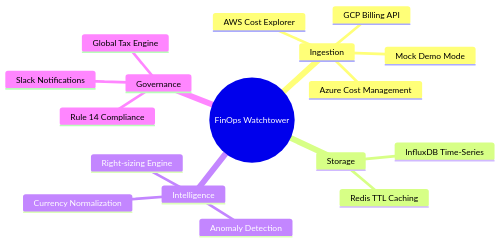
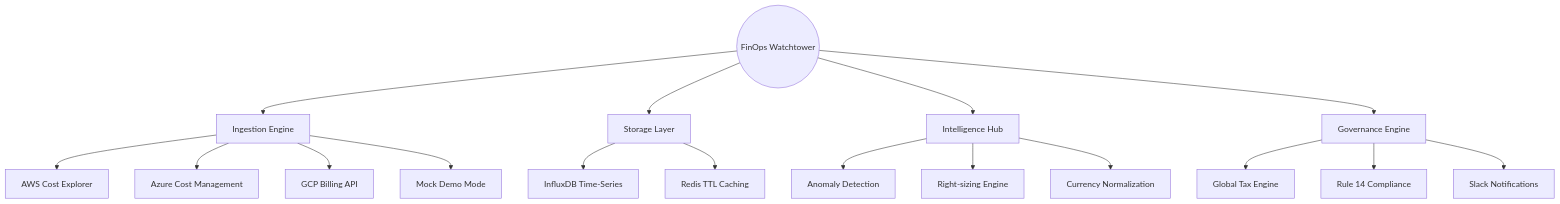
One commit to surya-edict/MultiCloud-Watchtower changed the first of 4 diagrams in README.md. Above: the diagram before and after it, drawn with Mermaid.

Commit message:
docs: replace mindmap with stable flowchart to fix black boxes rendering issue on GitHub dark mode

````diff
--- a/README.md
+++ b/README.md
@@ -32,20 +32,30 @@
 ```mermaid
-mindmap
-  root((FinOps Watchtower))
-    Ingestion
-      AWS Cost Explorer
-      Azure Cost Management
-      GCP Billing API
-      Mock Demo Mode
-    Storage
-      InfluxDB Time-Series
-      Redis TTL Caching
-    Intelligence
-      Anomaly Detection
-      Right-sizing Engine
-      Currency Normalization
-    Governance
-      Global Tax Engine
-      Rule 14 Compliance
-      Slack Notifications
+graph TD
+    Root((FinOps Watchtower))
+    
+    Ingestion[Ingestion Engine]
+    Storage[Storage Layer]
+    Intelligence[Intelligence Hub]
+    Governance[Governance Engine]
+    
+    Root --> Ingestion
+    Root --> Storage
+    Root --> Intelligence
+    Root --> Governance
+    
+    Ingestion --> AWS[AWS Cost Explorer]
+    Ingestion --> Azure[Azure Cost Management]
+    Ingestion --> GCP[GCP Billing API]
+    Ingestion --> Mock[Mock Demo Mode]
+    
+    Storage --> Influx[InfluxDB Time-Series]
+    Storage --> Redis[Redis TTL Caching]
+    
+    Intelligence --> Anomaly[Anomaly Detection]
+    Intelligence --> RightSize[Right-sizing Engine]
+    Intelligence --> Currency[Currency Normalization]
+    
+    Governance --> Tax[Global Tax Engine]
+    Governance --> Compliance[Rule 14 Compliance]
+    Governance --> Slack[Slack Notifications]
 ```
````
